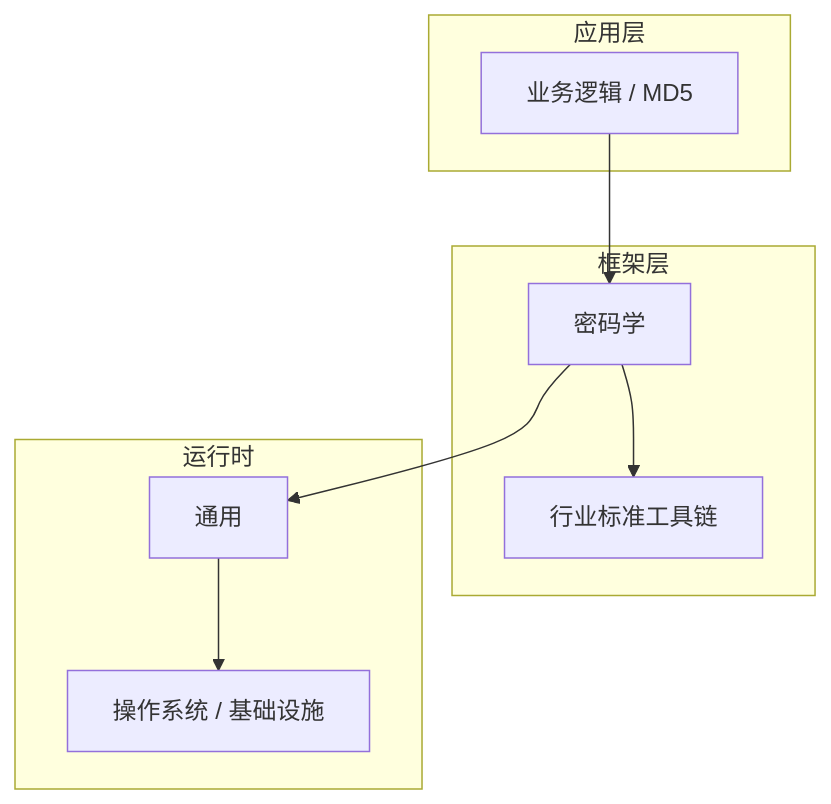
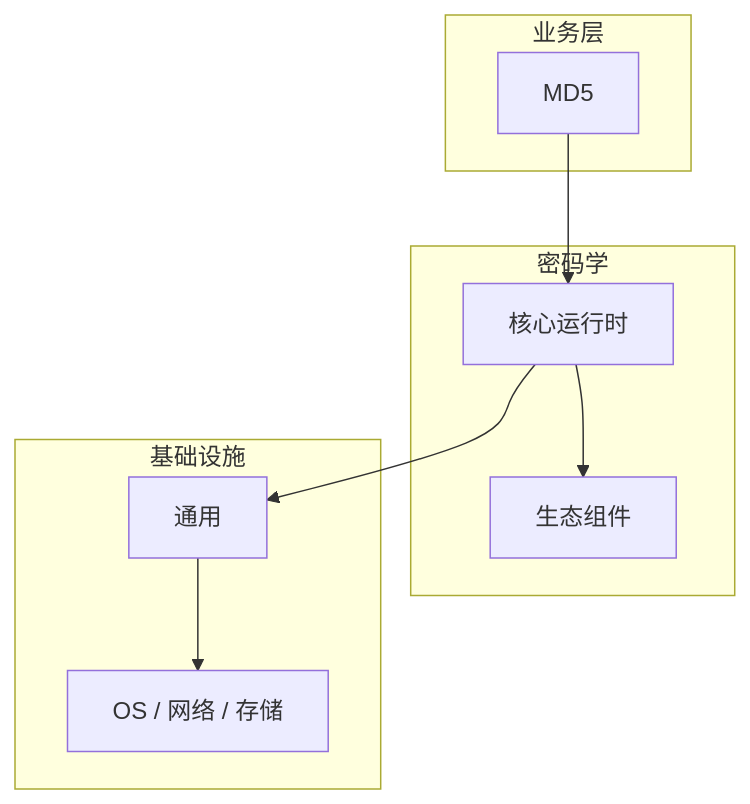
Before and after one commit to yanggan2015/knowledge-json-v2: the diagram in articles/密码学/chapters/041-MD5核心概念与原理.md, drawn with Mermaid. The commit also changed other lines of this file and 10127 other files, not shown here.

````diff
--- a/articles/密码学/chapters/041-MD5核心概念与原理.md
+++ b/articles/密码学/chapters/041-MD5核心概念与原理.md
@@ -46,18 +31,18 @@
 ```mermaid
 graph TB
-    subgraph 应用层
-        A[业务逻辑 / MD5]
+    subgraph 业务层
+        A[MD5]
     end
-    subgraph 框架层
-        B[密码学]
-        C[行业标准工具链]
+    subgraph 密码学
+        B[核心运行时]
+        C[生态组件]
     end
-    subgraph 运行时
+    subgraph 基础设施
         D[通用]
-        E[操作系统 / 基础设施]
+        E[OS / 网络 / 存储]
     end
     A --> B
     B --> C
     B --> D
     D --> E
 ```
````
